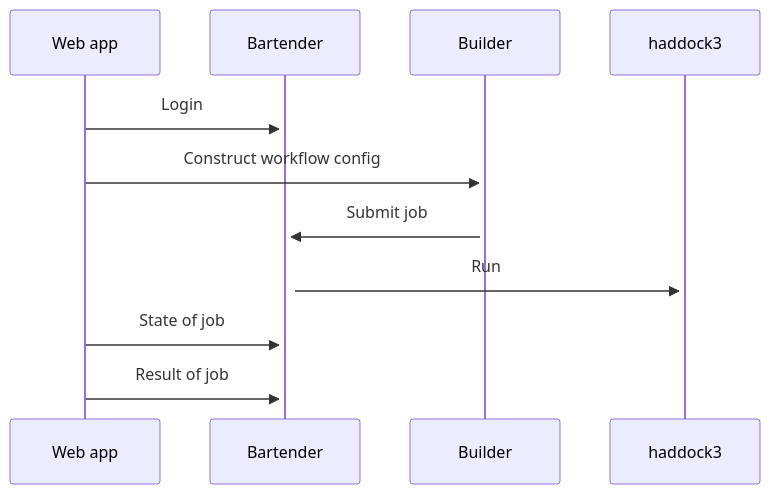
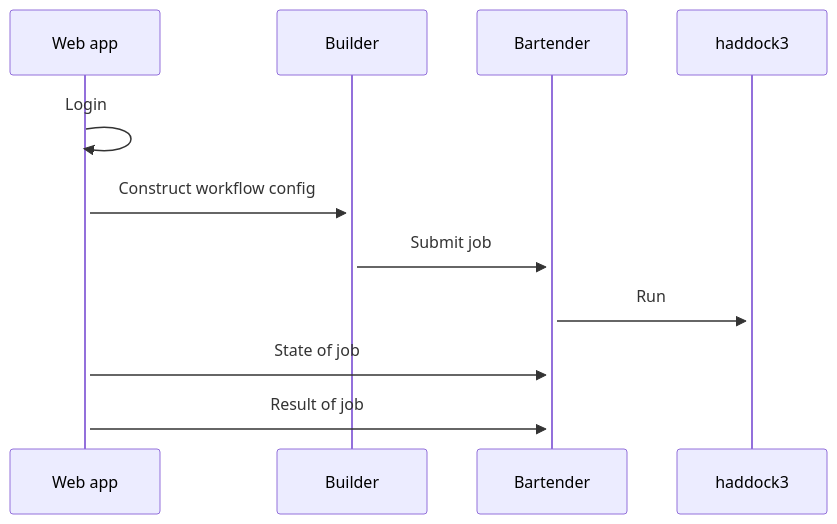
Before and after one commit to i-VRESSE/haddock3-webapp: the diagram in README.md, drawn with Mermaid. The commit also changed other lines of this file and 26 other files, not shown here.

````diff
--- a/README.md
+++ b/README.md
@@ -13,9 +13,9 @@
 ```mermaid
 sequenceDiagram
-    Web app->>+Bartender: Login
+    Web app->>+Web app: Login
     Web app->>+Builder: Construct workflow config
     Builder->>+Bartender: Submit job
     Bartender->>+haddock3: Run
     Web app->>+Bartender: State of job
     Web app->>+Bartender: Result of job
 ```
````
